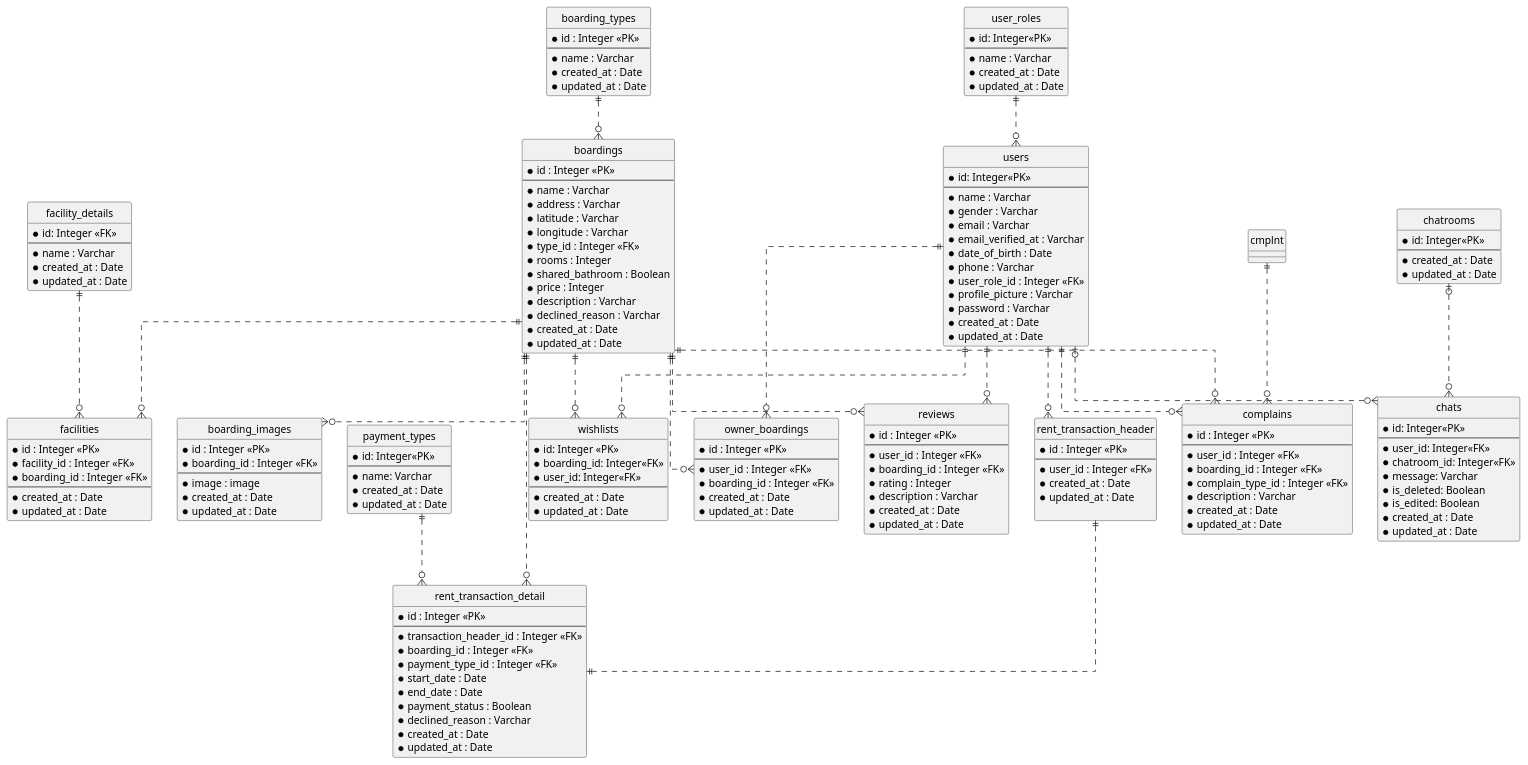
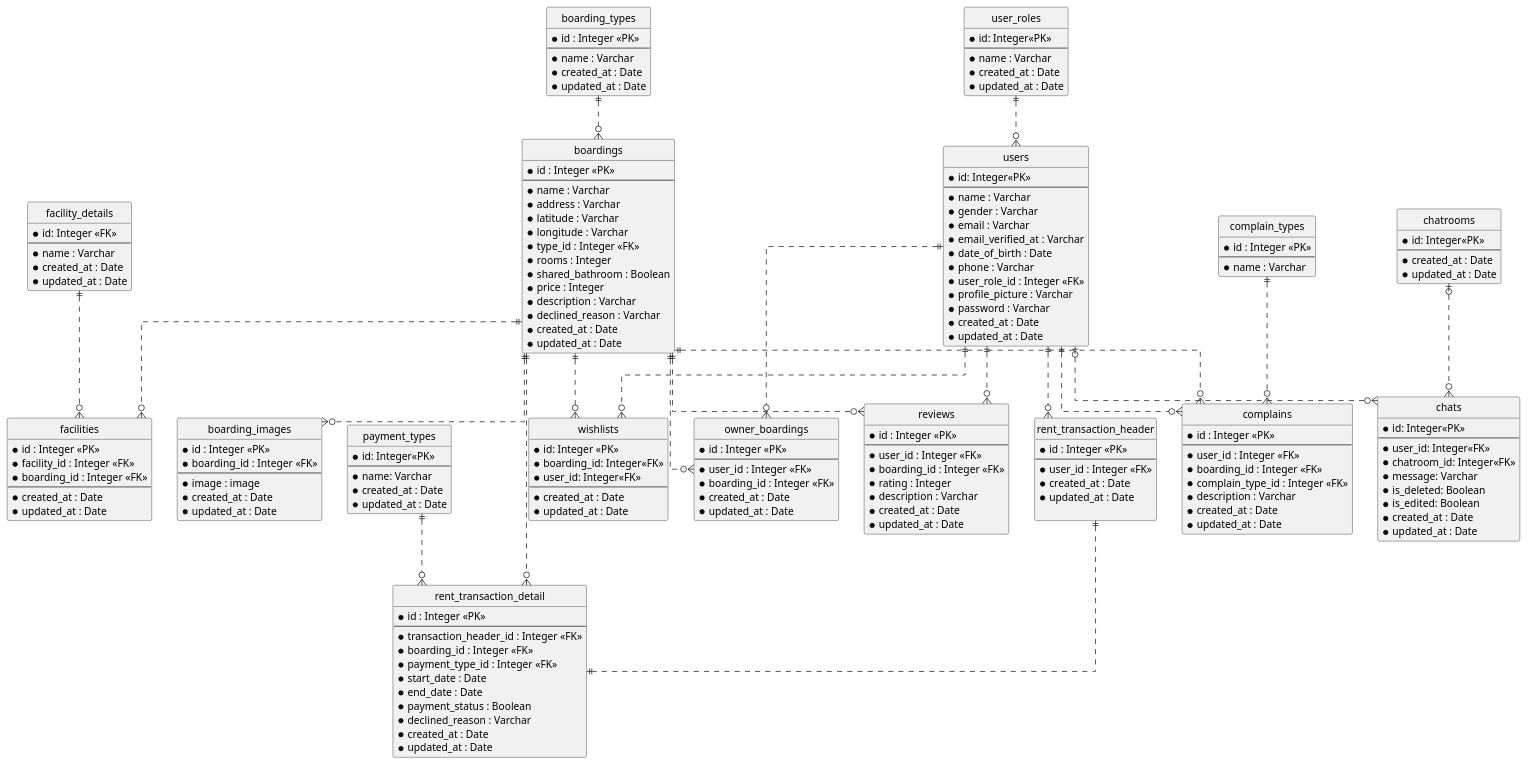
One commit to AntWort21/BHFMS changed the diagram in Design/BHFMS_ERD.puml. Above: the diagram before and after it, drawn with PlantUML. The commit also changed 2 other files, not shown here.

```diff
--- a/Design/BHFMS_ERD.puml
+++ b/Design/BHFMS_ERD.puml
@@ -114,6 +114,12 @@
   *updated_at : Date
 }
 
+entity "complain_types" as cmplnt {
+  *id : Integer <<PK>>
+  --
+  *name : Varchar
+}
+
 entity "reviews" as rvw {
   *id : Integer <<PK>>
   --
```
